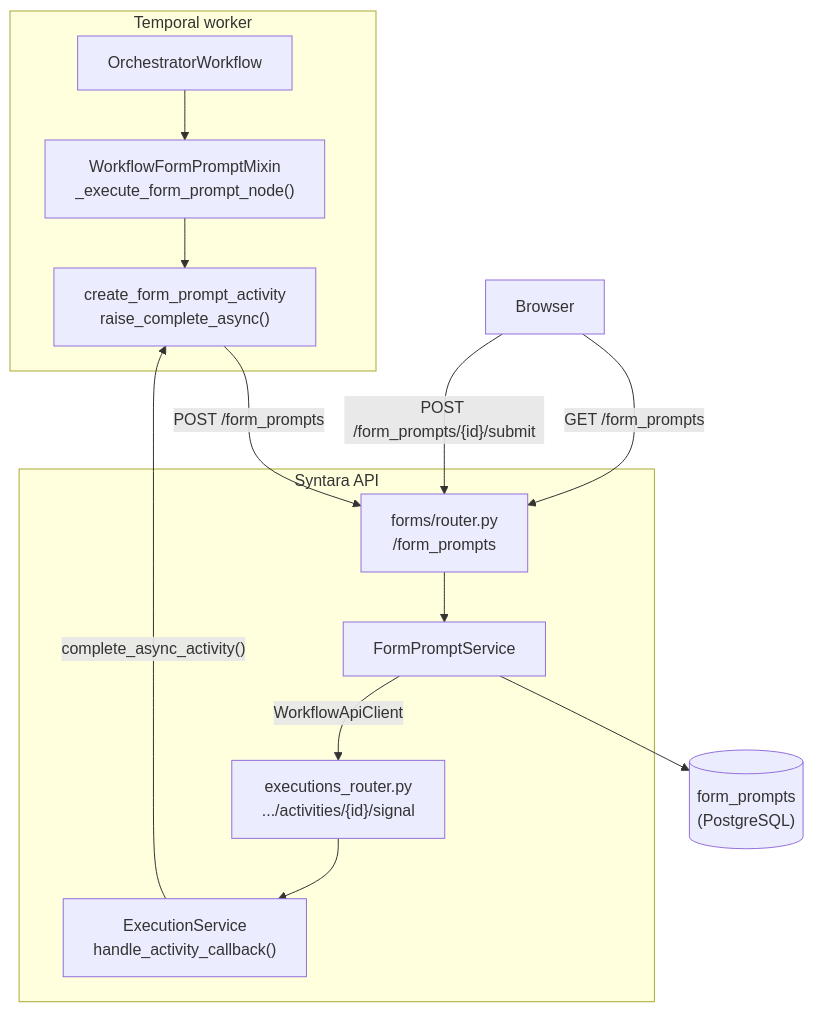
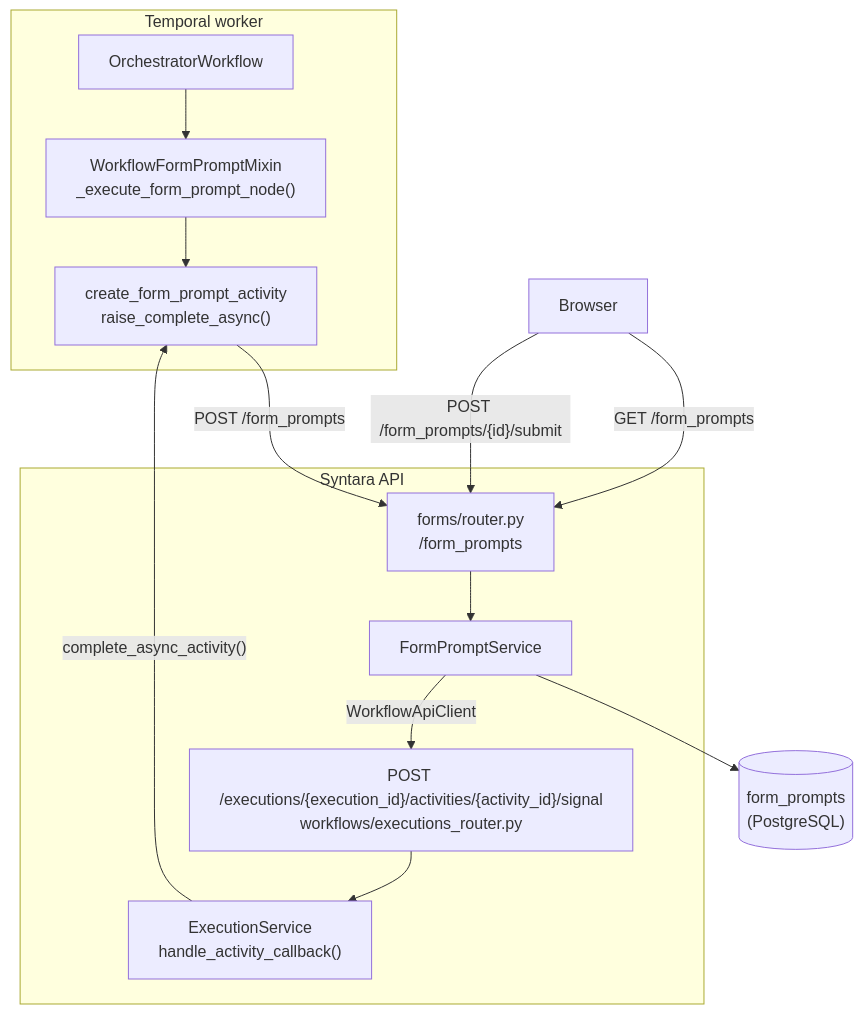
The first of 4 diagrams in backend/docs/form-prompts/form-prompt-overview.md (acedya/syntara), drawn with Mermaid before and after one commit. The commit also changed other lines of this file, not shown here.

````diff
--- a/backend/docs/form-prompts/form-prompt-overview.md
+++ b/backend/docs/form-prompts/form-prompt-overview.md
@@ -21,20 +21,20 @@
 ```mermaid
 flowchart TD
     subgraph Worker["Temporal worker"]
         OW["OrchestratorWorkflow"] --> MX["WorkflowFormPromptMixin<br/>_execute_form_prompt_node()"]
         MX --> ACT["create_form_prompt_activity<br/>raise_complete_async()"]
     end
     subgraph API["Syntara API"]
         FR["forms/router.py<br/>/form_prompts"] --> FS["FormPromptService"]
-        ER["executions_router.py<br/>.../activities/{id}/signal"] --> ES["ExecutionService<br/>handle_activity_callback()"]
+        ER["POST /executions/{execution_id}/activities/{activity_id}/signal<br/>workflows/executions_router.py"] --> ES["ExecutionService<br/>handle_activity_callback()"]
     end
     DB[("form_prompts<br/>(PostgreSQL)")]
     UI["Browser"]
 
     ACT -->|"POST /form_prompts"| FR
     FS --> DB
     UI -->|"GET /form_prompts"| FR
     UI -->|"POST /form_prompts/{id}/submit"| FR
     FS -->|"WorkflowApiClient"| ER
     ES -->|"complete_async_activity()"| ACT
 ```
````
